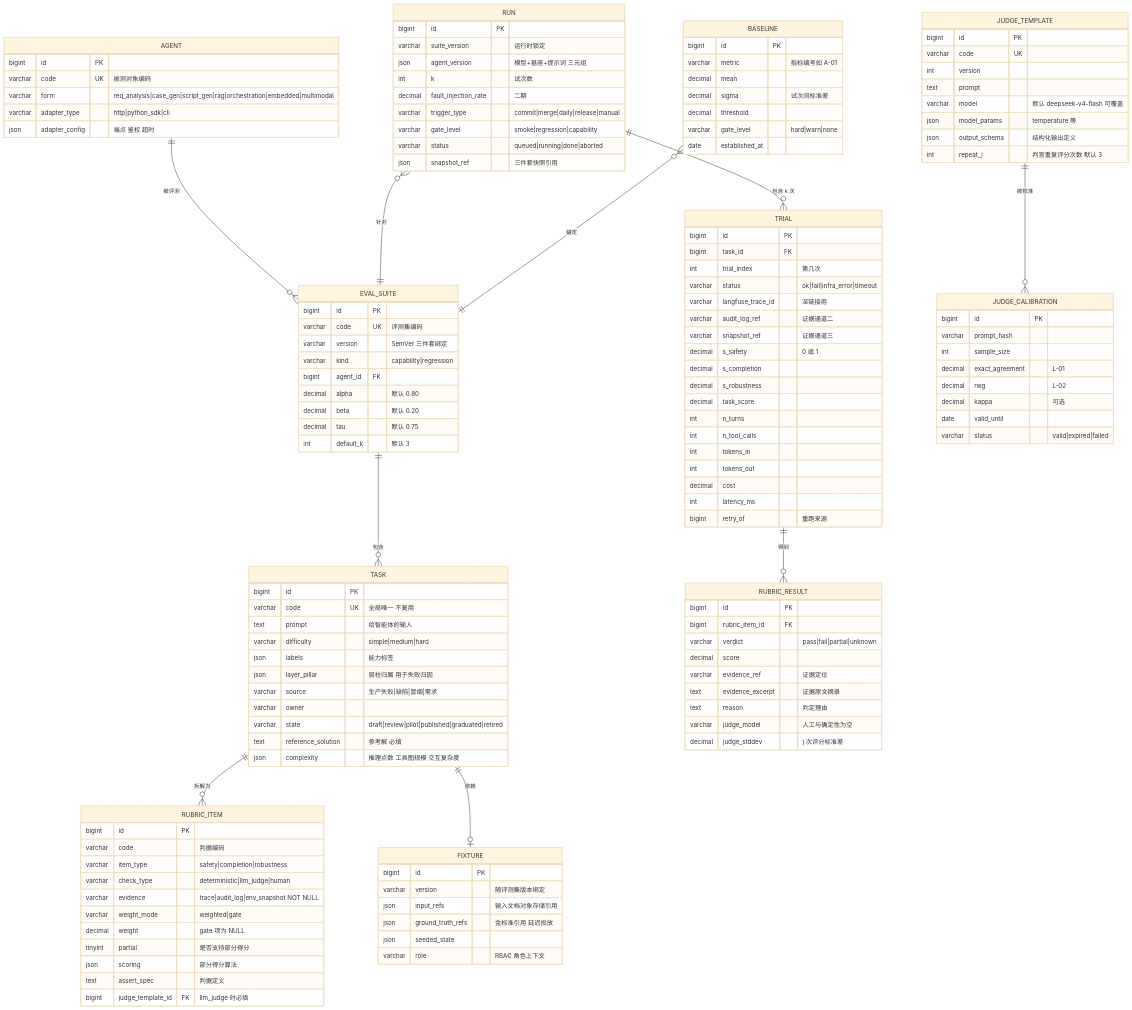
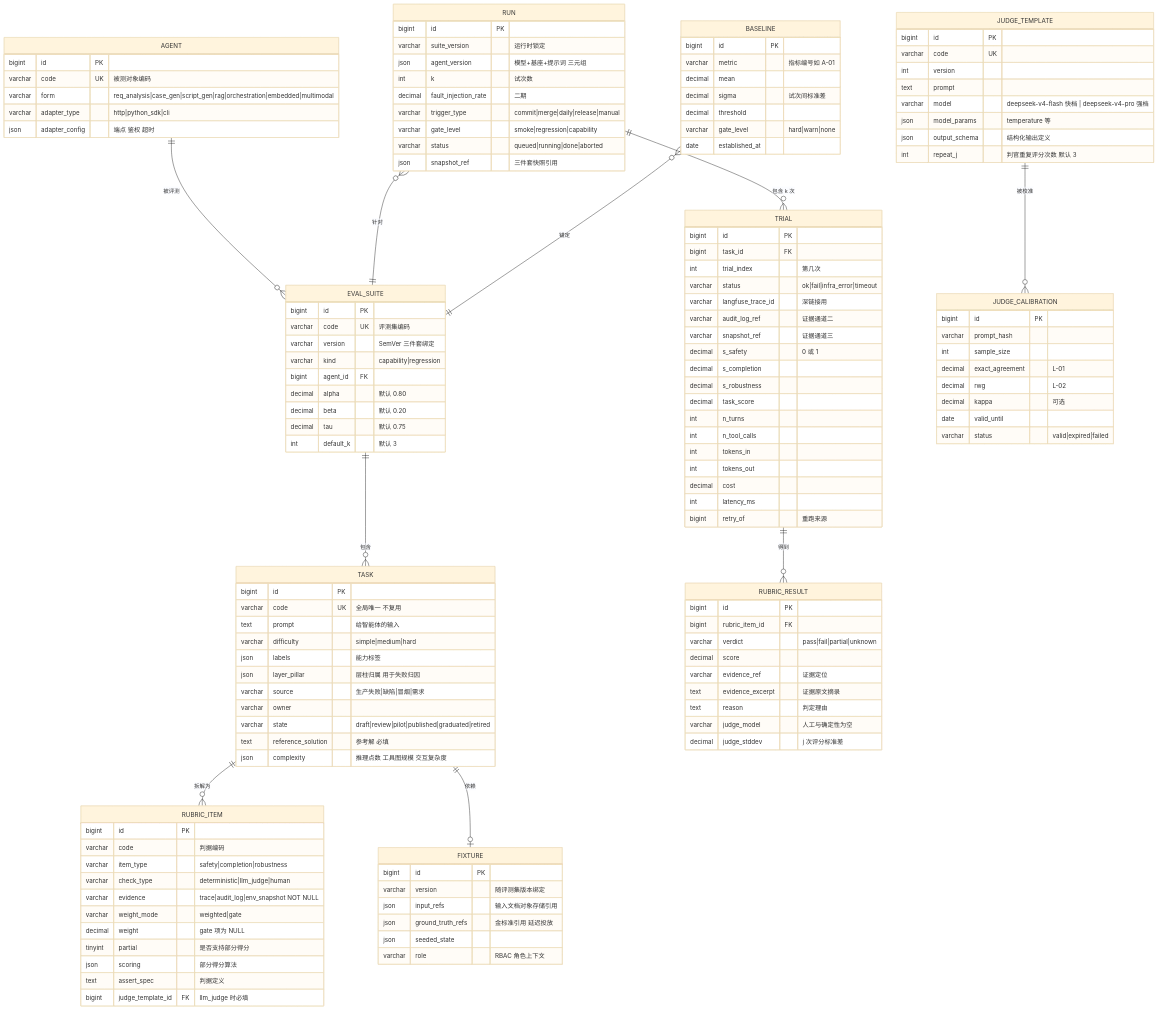
The third of 4 diagrams in 平台PRD/智能体评测平台PRD.md (kuangaiyong/agent_evaluation), drawn with Mermaid (base theme) before and after one commit. The commit also changed other lines of this file, not shown here.

First line of the commit message:
判官改为 flash + pro 双档，并把共用一把 key 的代价写清楚

```diff
--- a/平台PRD/智能体评测平台PRD.md
+++ b/平台PRD/智能体评测平台PRD.md
@@ -644,7 +657,7 @@
         varchar code UK
         int version
         text prompt
-        varchar model "默认 deepseek-v4-flash 可覆盖"
+        varchar model "deepseek-v4-flash 快档 | deepseek-v4-pro 强档"
         json model_params "temperature 等"
         json output_schema "结构化输出定义"
         int repeat_j "判官重复评分次数 默认 3"
```
